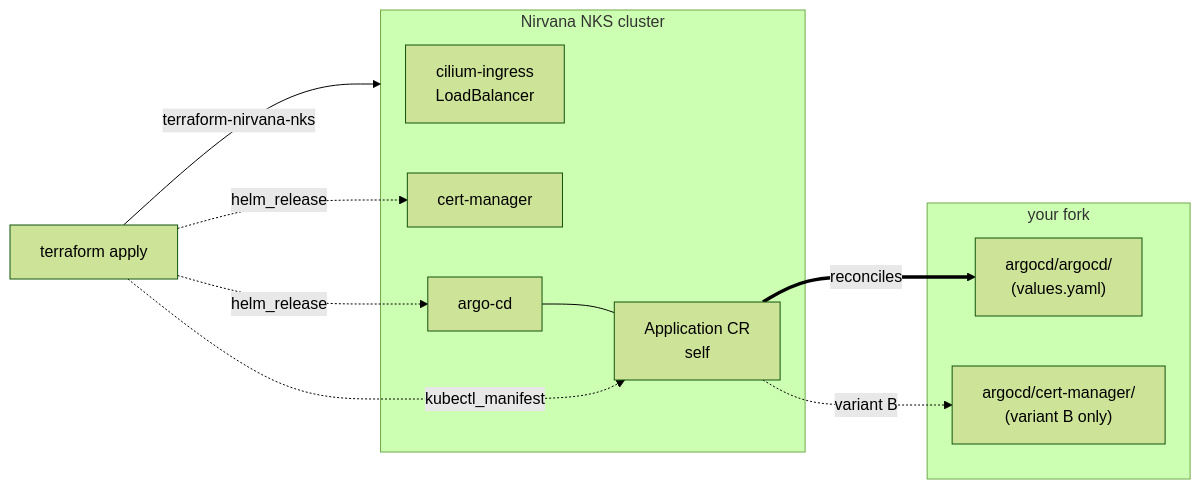
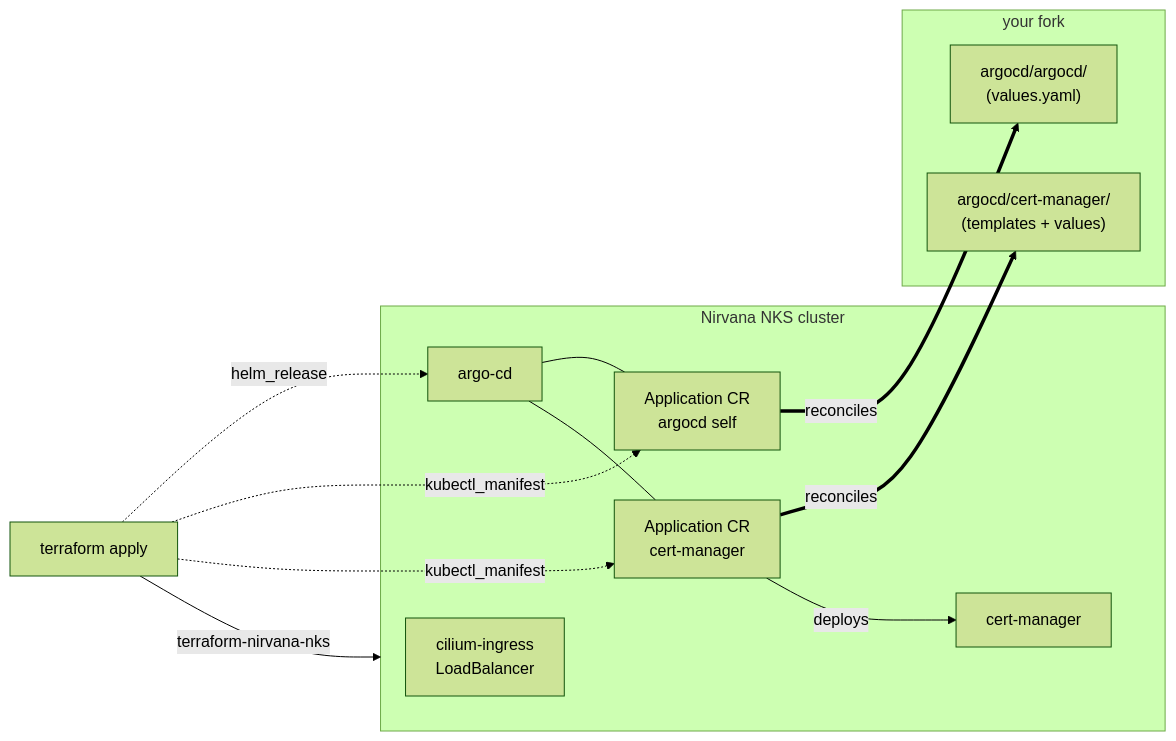
One commit to nirvana-labs-examples/argocd-gitops-nks changed the diagram in README.md. Above: the diagram before and after it, drawn with Mermaid (forest theme). The commit also changed other lines of this file, not shown here.

Commit message:
docs: simplify README for single terraform variant

````diff
--- a/README.md
+++ b/README.md
@@ -19,24 +19,27 @@
 ```mermaid
 flowchart LR
     tf[terraform apply]
 
     subgraph cluster["Nirvana NKS cluster"]
         ingress[cilium-ingress<br/>LoadBalancer]
         certmgr[cert-manager]
         argocd[argo-cd]
-        app[Application CR<br/>self]
-        argocd --- app
+        app_self[Application CR<br/>argocd self]
+        app_cm[Application CR<br/>cert-manager]
+        argocd --- app_self
+        argocd --- app_cm
     end
 
     subgraph fork["your fork"]
         vals["argocd/argocd/<br/>(values.yaml)"]
-        cm["argocd/cert-manager/<br/>(variant B only)"]
+        cm["argocd/cert-manager/<br/>(templates + values)"]
     end
 
     tf -- "terraform-nirvana-nks" --> cluster
-    tf -. "helm_release" .-> certmgr
     tf -. "helm_release" .-> argocd
-    tf -. "kubectl_manifest" .-> app
-    app == "reconciles" ==> vals
-    app -. "variant B" .-> cm
+    tf -. "kubectl_manifest" .-> app_self
+    tf -. "kubectl_manifest" .-> app_cm
+    app_self == "reconciles" ==> vals
+    app_cm == "reconciles" ==> cm
+    app_cm -- "deploys" --> certmgr
 ```
````
